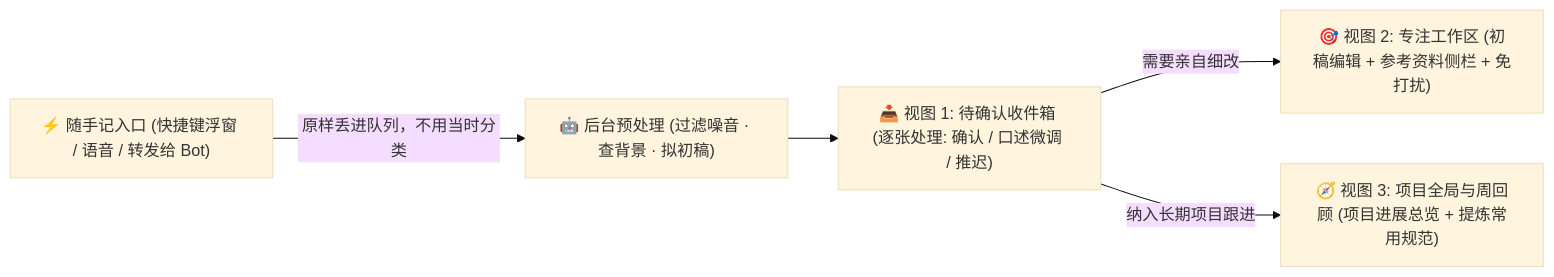
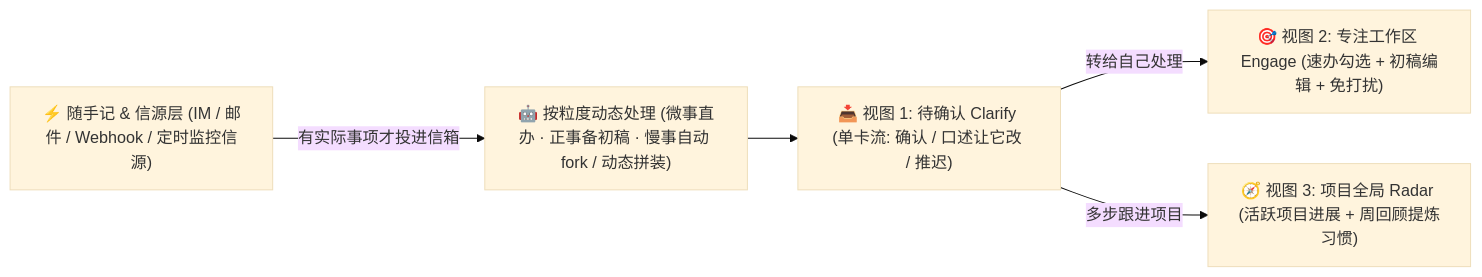
Before and after one commit to project-aoi/ng-agents: the diagram in docs/03-gtd-agent-product-vision.md, drawn with Mermaid (base theme). The commit also changed other lines of this file and 4 other files, not shown here.

````diff
--- a/docs/03-gtd-agent-product-vision.md
+++ b/docs/03-gtd-agent-product-vision.md
@@ -58,8 +69,8 @@
 ```mermaid
 flowchart LR
-    Cap["⚡ 随手记入口 (快捷键浮窗 / 语音 / 转发给 Bot)"] -->|"原样丢进队列，不用当时分类"| Bg["🤖 后台预处理 (过滤噪音 · 查背景 · 拟初稿)"]
+    Src["⚡ 随手记 & 信源层 (IM / 邮件 / Webhook / 定时监控信源)"] -->|"有实际事项才投进信箱"| Bg["🤖 按粒度动态处理 (微事直办 · 正事备初稿 · 慢事自动 fork / 动态拼装)"]
 
-    Bg --> M1["📥 视图 1: 待确认收件箱 (逐张处理: 确认 / 口述微调 / 推迟)"]
-    M1 -->|"需要亲自细改"| M2["🎯 视图 2: 专注工作区 (初稿编辑 + 参考资料侧栏 + 免打扰)"]
-    M1 -->|"纳入长期项目跟进"| M3["🧭 视图 3: 项目全局与周回顾 (项目进展总览 + 提炼常用规范)"]
+    Bg --> M1["📥 视图 1: 待确认 Clarify (单卡流: 确认 / 口述让它改 / 推迟)"]
+    M1 -->|"转给自己处理"| M2["🎯 视图 2: 专注工作区 Engage (速办勾选 + 初稿编辑 + 免打扰)"]
+    M1 -->|"多步跟进项目"| M3["🧭 视图 3: 项目全局 Radar (活跃项目进展 + 周回顾提炼习惯)"]
 ```
````
